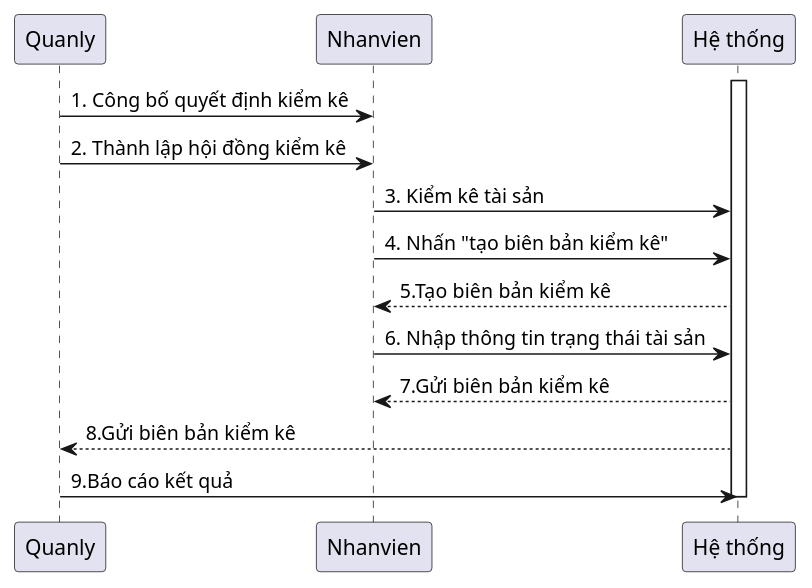
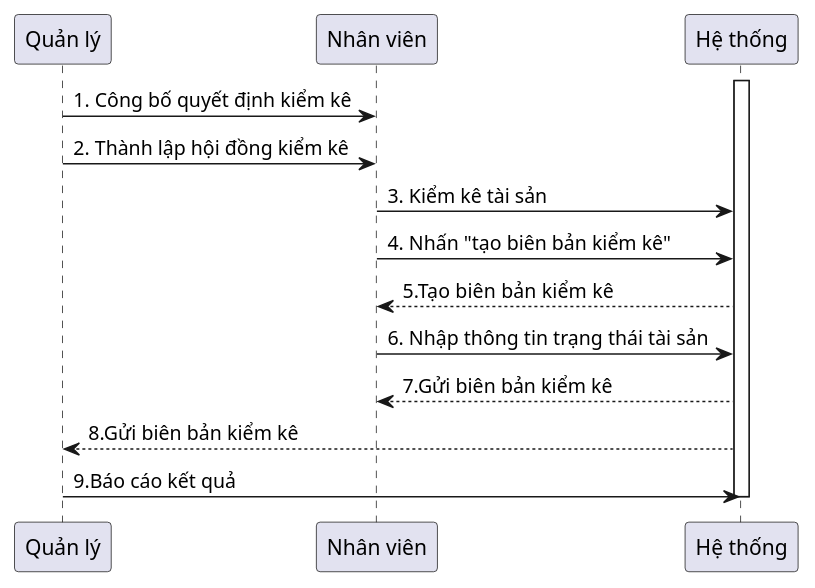
The diagram in Lab1/Lab1.2/Sequence Diagram/Kiểm kê tài sản.plantuml (QuickyBooster/SE357-Pratice-class), drawn with PlantUML before and after one commit. The commit also changed 7 other files, not shown here.

```diff
--- a/Lab1/Lab1.2/Sequence Diagram/Kiểm kê tài sản.plantuml
+++ b/Lab1/Lab1.2/Sequence Diagram/Kiểm kê tài sản.plantuml
@@ -1,20 +1,20 @@
 @startuml
 
-participant Quanly
-participant Nhanvien
+participant "Quản lý"
+participant "Nhân viên"
 participant "Hệ thống" as System
 
 
 activate System
-Quanly -> Nhanvien: 1. Công bố quyết định kiểm kê
-Quanly -> Nhanvien: 2. Thành lập hội đồng kiểm kê
-Nhanvien -> System: 3. Kiểm kê tài sản
-Nhanvien -> System: 4. Nhấn "tạo biên bản kiểm kê"
-System --> Nhanvien: 5.Tạo biên bản kiểm kê
-Nhanvien -> System: 6. Nhập thông tin trạng thái tài sản
-System --> Nhanvien: 7.Gửi biên bản kiểm kê
-System --> Quanly: 8.Gửi biên bản kiểm kê
-Quanly -> System: 9.Báo cáo kết quả
+"Quản lý" -> "Nhân viên": 1. Công bố quyết định kiểm kê
+"Quản lý" -> "Nhân viên": 2. Thành lập hội đồng kiểm kê
+"Nhân viên" -> System: 3. Kiểm kê tài sản
+"Nhân viên" -> System: 4. Nhấn "tạo biên bản kiểm kê"
+System --> "Nhân viên": 5.Tạo biên bản kiểm kê
+"Nhân viên" -> System: 6. Nhập thông tin trạng thái tài sản
+System --> "Nhân viên": 7.Gửi biên bản kiểm kê
+System --> "Quản lý": 8.Gửi biên bản kiểm kê
+"Quản lý" -> System: 9.Báo cáo kết quả
 
 deactivate System
 @enduml
```
